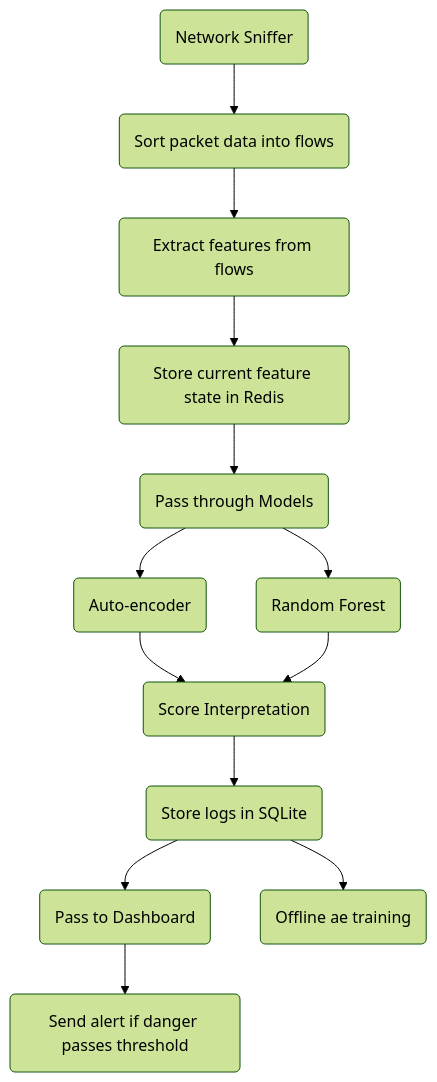
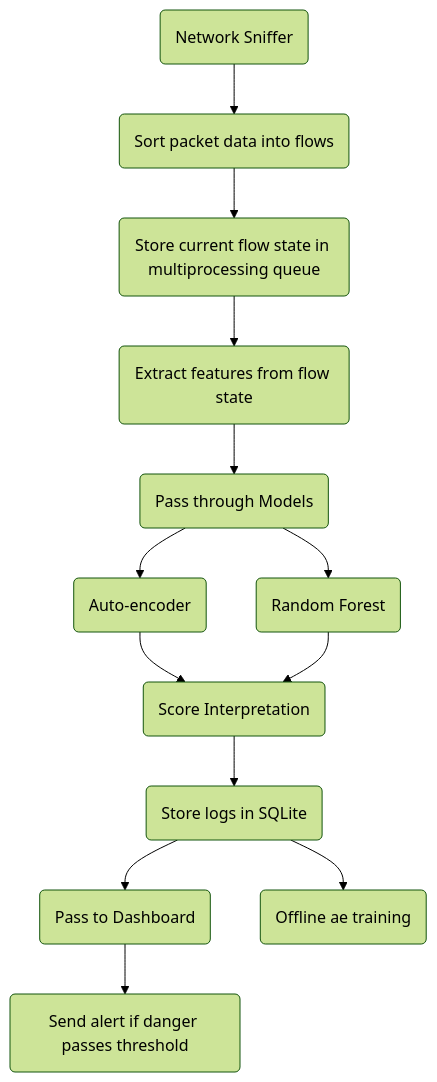
Before and after one commit to EcuspDazrt/NIDS: the diagram in docs/system_design.md, drawn with Mermaid (forest theme). The commit also changed other lines of this file and 4 other files, not shown here.

````diff
--- a/docs/system_design.md
+++ b/docs/system_design.md
@@ -9,20 +9,20 @@
 ```mermaid
 graph TD
 	A(Network Sniffer)
 	B(Sort packet data into flows)
-	C(Extract features from flows)
-	D(Store current feature state in Redis)
+	C(Store current flow state in multiprocessing queue)
+	D(Extract features from flow state)
 	E(Pass through Models)
 	F(Random Forest)
 	G(Auto-encoder)
 	H(Score Interpretation)
 	I(Store logs in SQLite)
 	J(Pass to Dashboard)
 	K(Send alert if danger passes threshold)
 	L(Offline ae training)
     A --> B --> C --> D --> E --> F
 	E --> G
 	G --> H
 	F --> H --> I --> J --> K
 	I --> L
 ```
````
